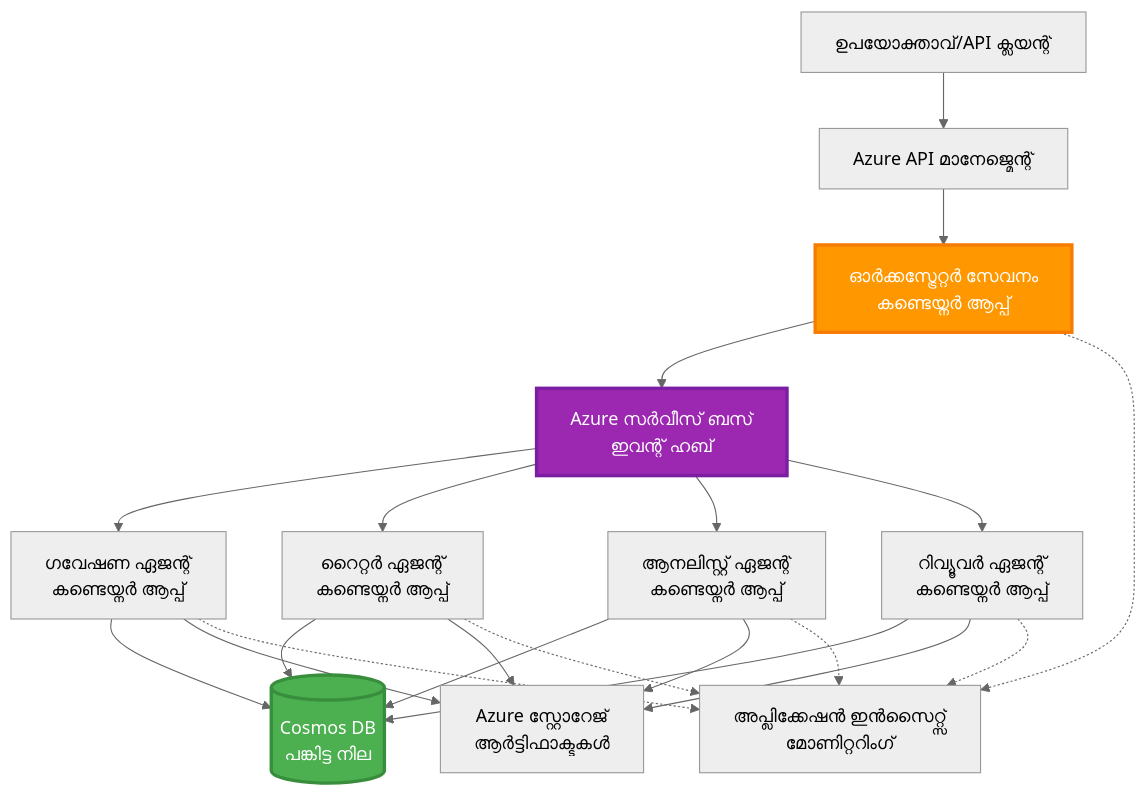
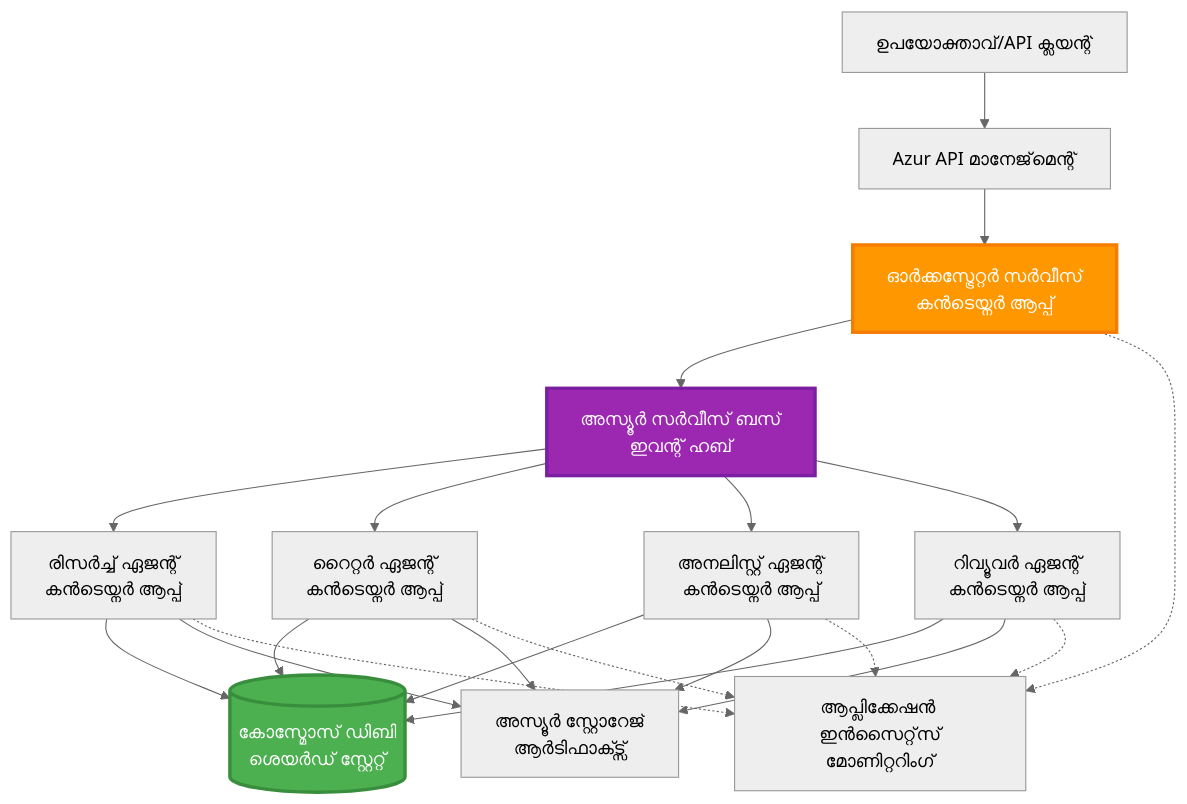
One commit to microsoft/AZD-for-beginners changed the sixth of 6 diagrams in translations/ml/docs/chapter-06-pre-deployment/coordination-patterns.md. Above: the diagram before and after it, drawn with Mermaid (neutral theme). The commit also changed other lines of this file and 102 other files, not shown here.

````diff
--- a/translations/ml/docs/chapter-06-pre-deployment/coordination-patterns.md
+++ b/translations/ml/docs/chapter-06-pre-deployment/coordination-patterns.md
@@ -271,45 +265,45 @@
 ```mermaid
 graph TB
     User[ഉപയോക്താവ്/API ക്ലയന്റ്]
-    APIM[Azure API മാനേജ്മെന്റ്]
-    Orchestrator[ഓർക്കസ്ട്രേറ്റർ സേവനം<br/>കണ്ടെയ്നർ ആപ്പ്]
-    ServiceBus[Azure സർവീസ് ബസ്<br/>ഇവന്റ് ഹബ്]
+    APIM[Azur API മാനേജ്‌മെന്റ്]
+    Orchestrator[ഓർക്കസ്ട്രേറ്റർ സർവീസ്<br/>കൻടെയ്നർ ആപ്പ്]
+    ServiceBus[അസ്യൂർ സർവീസ് ബസ്<br/>ഇവന്റ് ഹബ്]
     
-    Agent1[ഗവേഷണ ഏജന്റ്<br/>കണ്ടെയ്നർ ആപ്പ്]
-    Agent2[റൈറ്റർ ഏജന്റ്<br/>കണ്ടെയ്നർ ആപ്പ്]
-    Agent3[ആനലിസ്റ്റ് ഏജന്റ്<br/>കണ്ടെയ്നർ ആപ്പ്]
-    Agent4[റിവ്യൂവർ ഏജന്റ്<br/>കണ്ടെയ്നർ ആപ്പ്]
+    Agent1[രിസർച്ച് ഏജന്റ്<br/>കൻടെയ്നർ ആപ്പ്]
+    Agent2[റൈറ്റർ ഏജന്റ്<br/>കൻടെയ്നർ ആപ്പ്]
+    Agent3[അനലിസ്റ്റ് ഏജന്റ്<br/>കൻടെയ്നർ ആപ്പ്]
+    Agent4[റിവ്യൂവർ ഏജന്റ്<br/>കൻടെയ്നർ ആപ്പ്]
     
-    CosmosDB[(Cosmos DB<br/>പങ്കിട്ട നില)]
-    Storage[Azure സ്റ്റോറേജ്<br/>ആർട്ടിഫാക്ടുകൾ]
-    AppInsights[അപ്ലിക്കേഷൻ ഇൻസൈറ്റ്സ്<br/>മോണിറ്ററിംഗ്]
+    CosmosDB[(കോസ്മോസ് ഡി‌ബി<br/>ശെയർഡ് സ്റ്റേറ്റ്)]
+    Storage[അസ്യൂർ സ്റ്റോറേജ്<br/>ആർടിഫാക്ട്സ്]
+    AppInsights[ആപ്ലിക്കേഷൻ ഇൻസൈറ്റ്‌സ്<br/>മോണിറ്ററിംഗ്]
     
     User --> APIM
     APIM --> Orchestrator
     
     Orchestrator --> ServiceBus
     ServiceBus --> Agent1
     ServiceBus --> Agent2
     ServiceBus --> Agent3
     ServiceBus --> Agent4
     
     Agent1 --> CosmosDB
     Agent2 --> CosmosDB
     Agent3 --> CosmosDB
     Agent4 --> CosmosDB
     
     Agent1 --> Storage
     Agent2 --> Storage
     Agent3 --> Storage
     Agent4 --> Storage
     
     Orchestrator -.-> AppInsights
     Agent1 -.-> AppInsights
     Agent2 -.-> AppInsights
     Agent3 -.-> AppInsights
     Agent4 -.-> AppInsights
     
     style Orchestrator fill:#FF9800,stroke:#F57C00,stroke-width:3px,color:#fff
     style ServiceBus fill:#9C27B0,stroke:#7B1FA2,stroke-width:3px,color:#fff
     style CosmosDB fill:#4CAF50,stroke:#388E3C,stroke-width:3px,color:#fff
 ```
````
